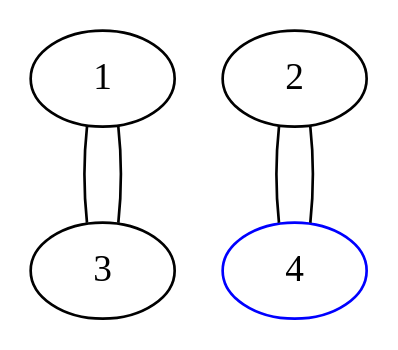
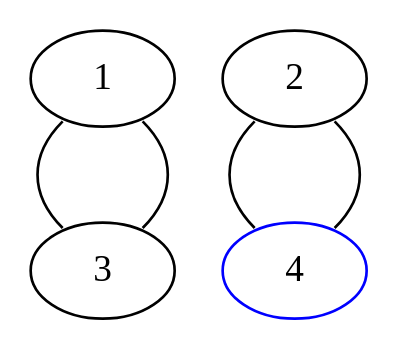
One commit to bilboquet/gamelib changed the diagram in sprouts/start_2_nodes/122.dot. Above: the diagram before and after it, drawn with Graphviz. The commit also changed 15 other files, not shown here.

```diff
--- a/sprouts/start_2_nodes/122.dot
+++ b/sprouts/start_2_nodes/122.dot
@@ -1,7 +1,7 @@
 graph {
-  1 -- 3 -- 1;
-  2 -- 4 -- 2;
-
+  1 -- 3 [tailport="sw", headport="nw"];
+  1 -- 3 [tailport="se", headport="ne"];
+  2 -- 4 [tailport="sw", headport="nw"];
+  2 -- 4 [tailport="se", headport="ne"];
   4 [color="blue"];
-
 }
```
